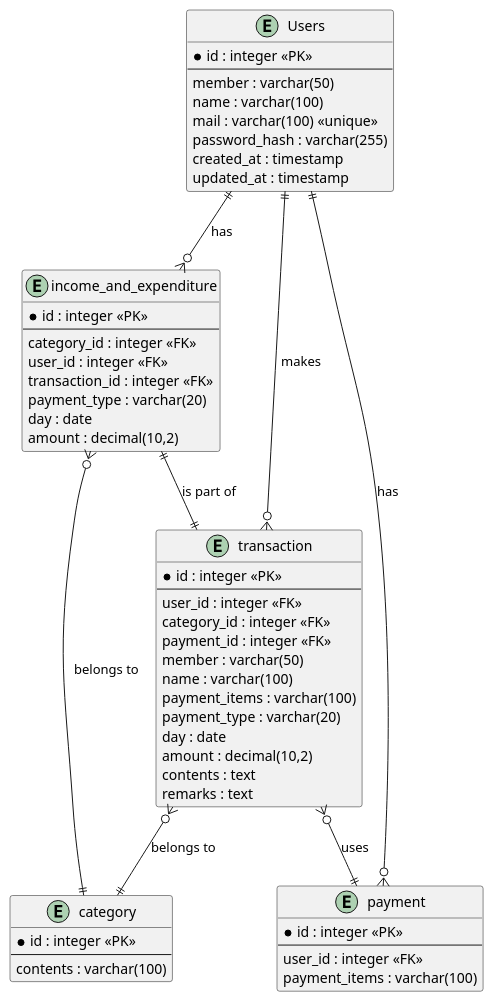
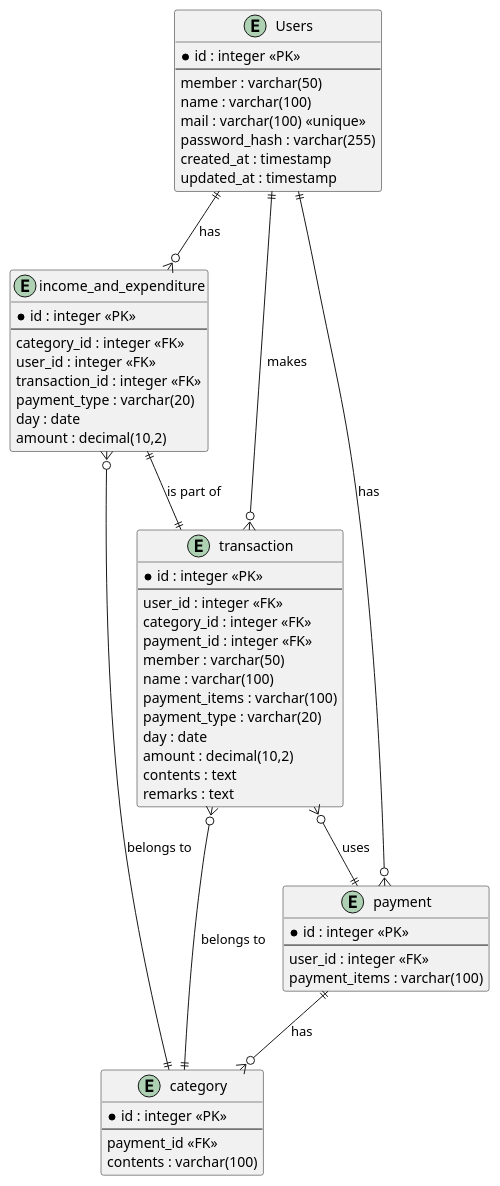
The diagram in docs/BasicDesign/er.pu (milbon-milbon/Household-accounting-app), drawn with PlantUML before and after one commit. The commit also changed 4 other files, not shown here.

Commit message:
画面一覧と画面遷移図

```diff
--- a/docs/BasicDesign/er.pu
+++ b/docs/BasicDesign/er.pu
@@ -1,62 +1,64 @@
 @startuml
 
 entity "Users" {
   *id : integer <<PK>>
   --
   member : varchar(50)
   name : varchar(100)
   mail : varchar(100) <<unique>>
   password_hash : varchar(255)
   created_at : timestamp
   updated_at : timestamp
 }
 
 entity "income_and_expenditure" {
   *id : integer <<PK>>
   --
   category_id : integer <<FK>>
   user_id : integer <<FK>>
   transaction_id : integer <<FK>>
   payment_type : varchar(20)
   day : date
   amount : decimal(10,2)
 }
 
 entity "category" {
   *id : integer <<PK>>
   --
+  payment_id <<FK>>
   contents : varchar(100)
 }
 
 entity "payment" {
   *id : integer <<PK>>
   --
   user_id : integer <<FK>>
   payment_items : varchar(100)
 }
 
 entity "transaction" {
   *id : integer <<PK>>
   --
   user_id : integer <<FK>>
   category_id : integer <<FK>>
   payment_id : integer <<FK>>
   member : varchar(50)
   name : varchar(100)
   payment_items : varchar(100)
   payment_type : varchar(20)
   day : date
   amount : decimal(10,2)
   contents : text
   remarks : text
 }
 
 Users ||--o{ income_and_expenditure : has
 Users ||--o{ payment : has
 Users ||--o{ transaction : makes
+payment ||--o{ category : has
 income_and_expenditure }o--|| category : "belongs to"
 income_and_expenditure ||--|| transaction : "is part of"
 transaction }o--|| category : "belongs to"
 transaction }o--|| payment : uses
 
 @enduml
```
